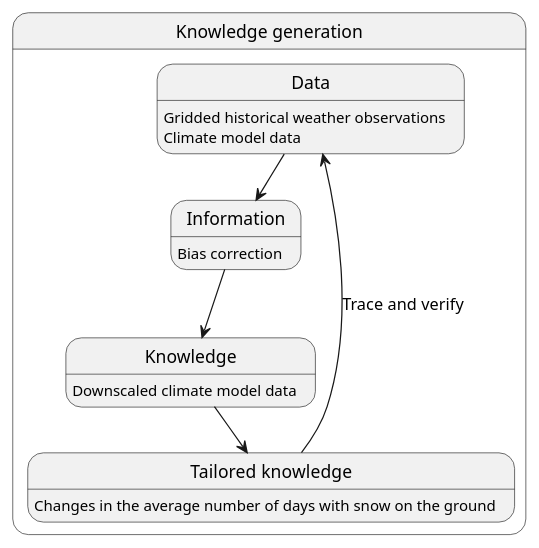
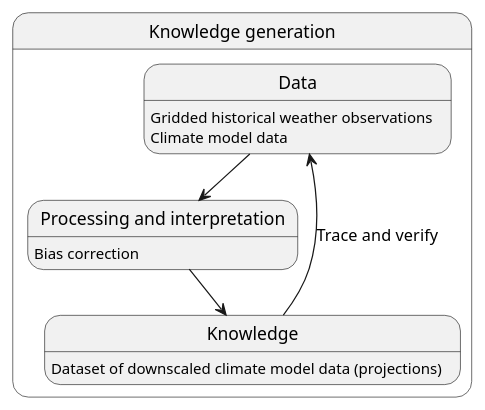
Before and after one commit to metno/S-ENDA-documentation: the diagram in source/information_to_knowledge_klima_leveranse.puml, drawn with PlantUML. The commit also changed 7 other files, not shown here.

```diff
--- a/source/information_to_knowledge_klima_leveranse.puml
+++ b/source/information_to_knowledge_klima_leveranse.puml
@@ -1,28 +1,24 @@
 @startuml
 
 state "Knowledge generation" as kg {
 
 state Data {
   Data : Gridded historical weather observations
   Data : Climate model data
 }
 
-state Information { 
-  Information : Bias correction
+state "Processing and interpretation" as PI { 
+  PI : Bias correction
 }
 
 state Knowledge {
-  Knowledge :  Downscaled climate model data
+  Knowledge :  Dataset of downscaled climate model data (projections)
 }
 
-state "Tailored knowledge" as tk {
-  tk : Changes in the average number of days with snow on the ground
-}
 }
 
-Data --> Information
-Information --> Knowledge
-Knowledge --> tk
-tk --> Data : Trace and verify
+Data --> PI
+PI --> Knowledge
+Knowledge --> Data : Trace and verify
 
 @enduml
```
